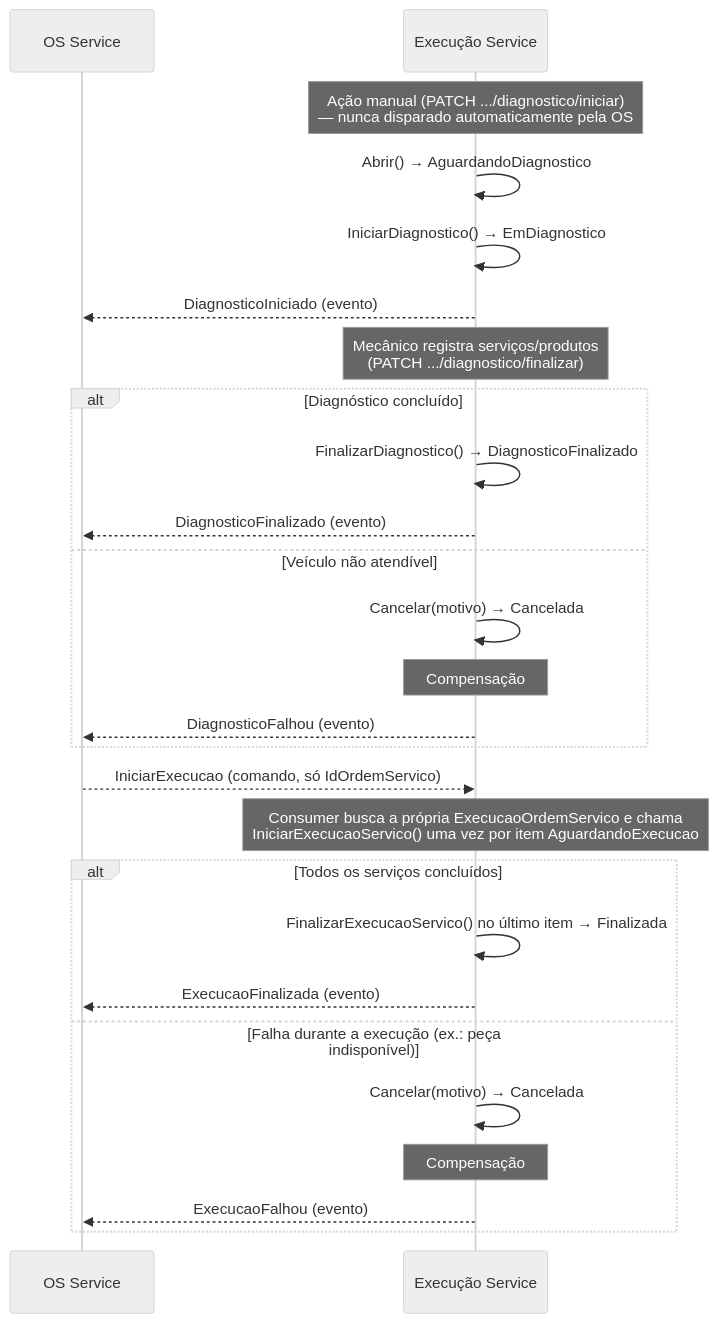
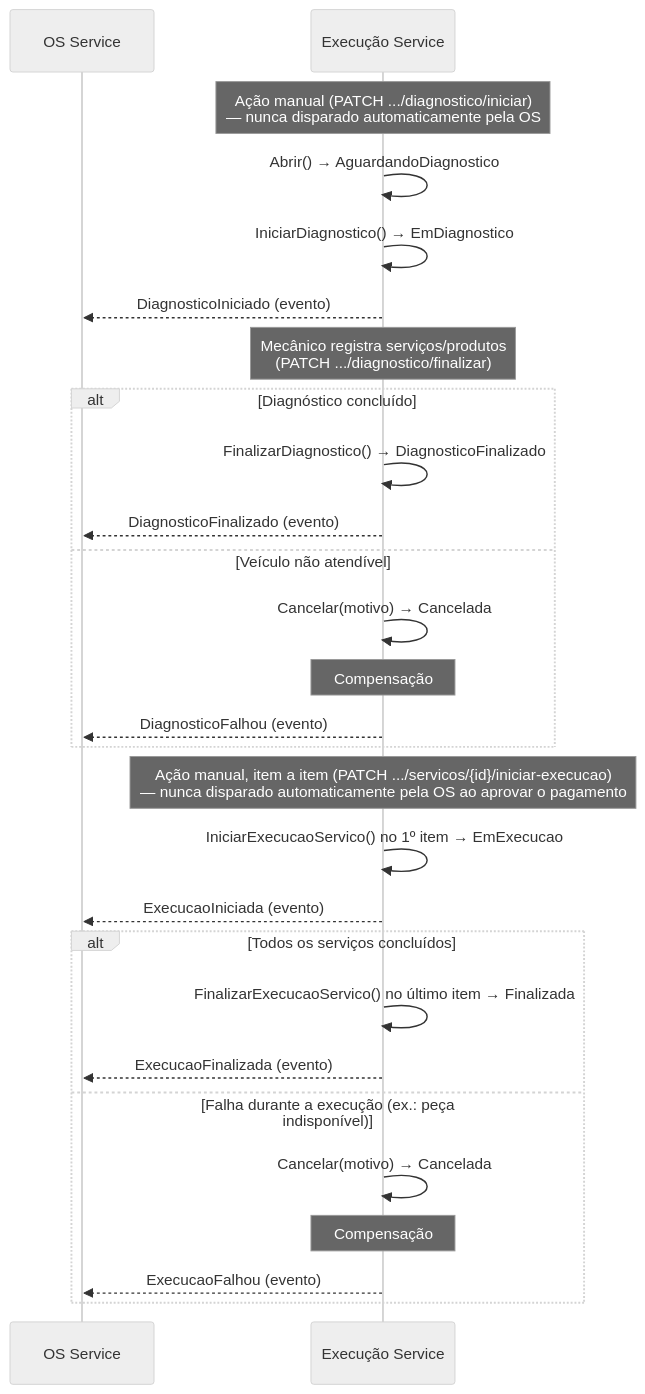
One commit to monnclaro/soat-tech-challenge-execution-service changed the fifth of 5 diagrams in docs/architecture.md. Above: the diagram before and after it, drawn with Mermaid (neutral theme). The commit also changed other lines of this file and 12 other files, not shown here.

First line of the commit message:
fix: iniciar execucao sempre manual, nunca por comando automatico

````diff
--- a/docs/architecture.md
+++ b/docs/architecture.md
@@ -109,32 +109,33 @@
 ```mermaid
 sequenceDiagram
     participant OS as OS Service
     participant Exec as Execução Service
 
     Note over Exec: Ação manual (PATCH .../diagnostico/iniciar)<br/>— nunca disparado automaticamente pela OS
     Exec->>Exec: Abrir() → AguardandoDiagnostico
     Exec->>Exec: IniciarDiagnostico() → EmDiagnostico
     Exec-->>OS: DiagnosticoIniciado (evento)
     Note over Exec: Mecânico registra serviços/produtos<br/>(PATCH .../diagnostico/finalizar)
 
     alt Diagnóstico concluído
         Exec->>Exec: FinalizarDiagnostico() → DiagnosticoFinalizado
         Exec-->>OS: DiagnosticoFinalizado (evento)
     else Veículo não atendível
         Exec->>Exec: Cancelar(motivo) → Cancelada
         Note over Exec: Compensação
         Exec-->>OS: DiagnosticoFalhou (evento)
     end
 
-    OS-->>Exec: IniciarExecucao (comando, só IdOrdemServico)
-    Note over Exec: Consumer busca a própria ExecucaoOrdemServico e chama<br/>IniciarExecucaoServico() uma vez por item AguardandoExecucao
+    Note over Exec: Ação manual, item a item (PATCH .../servicos/{id}/iniciar-execucao)<br/>— nunca disparado automaticamente pela OS ao aprovar o pagamento
+    Exec->>Exec: IniciarExecucaoServico() no 1º item → EmExecucao
+    Exec-->>OS: ExecucaoIniciada (evento)
 
     alt Todos os serviços concluídos
         Exec->>Exec: FinalizarExecucaoServico() no último item → Finalizada
         Exec-->>OS: ExecucaoFinalizada (evento)
     else Falha durante a execução (ex.: peça indisponível)
         Exec->>Exec: Cancelar(motivo) → Cancelada
         Note over Exec: Compensação
         Exec-->>OS: ExecucaoFalhou (evento)
     end
 ```
````
